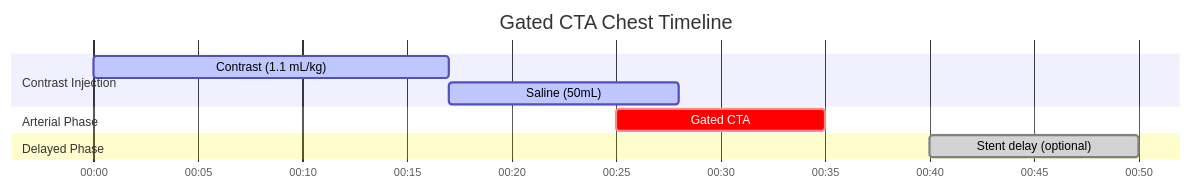
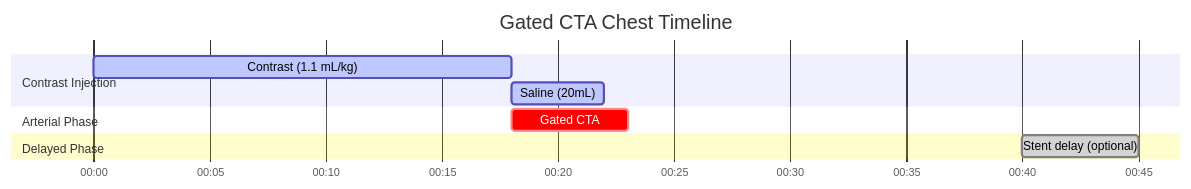
The diagram in docs/ct/cardiac/gated-cta-chest.md (dfergs93/radiology-protocols), drawn with Mermaid before and after one commit. The commit also changed other lines of this file and 113 other files, not shown here.

````diff
--- a/docs/ct/cardiac/gated-cta-chest.md
+++ b/docs/ct/cardiac/gated-cta-chest.md
@@ -87,18 +87,18 @@
   ```mermaid
   ---
   config:
     theme: default
   ---
     gantt
       title Gated CTA Chest Timeline
       dateFormat mm:ss
       axisFormat %M:%S 
       
       section Contrast Injection
-      Contrast (1.1 mL/kg)    :active, contrast, 00:00, 17s
-      Saline (50mL)          :active, saline, after contrast, 11s
+      Contrast (1.1 mL/kg)    :active, contrast, 00:00, 18s
+      Saline (20mL)          :active, saline, after contrast, 4s
       section Arterial Phase
-      Gated CTA    :crit, scan1, 00:25, 10s
+      Gated CTA    :crit, scan1, after contrast, 5s
       section Delayed Phase
-      Stent delay (optional)    :done, scan2, 00:40, 10s
+      Stent delay (optional)    :done, scan2, 00:40, 5s
   ```
````
